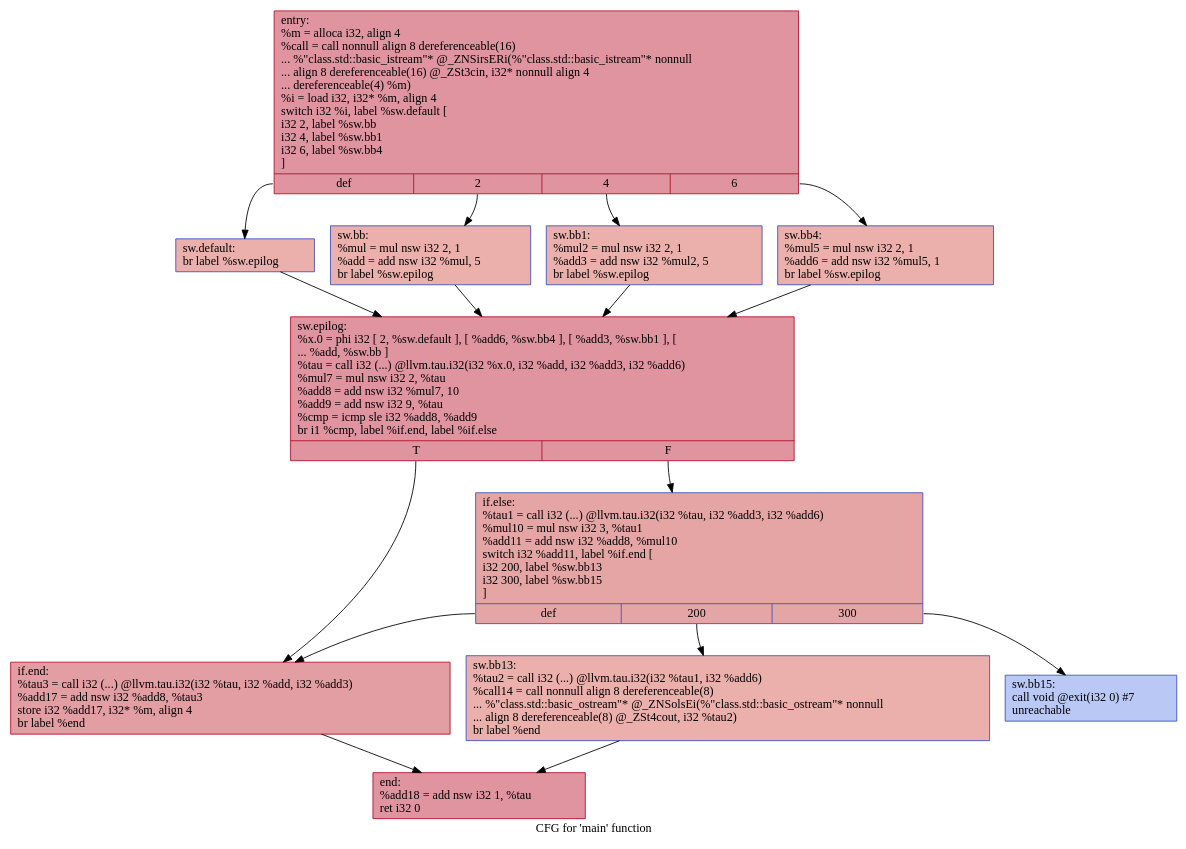
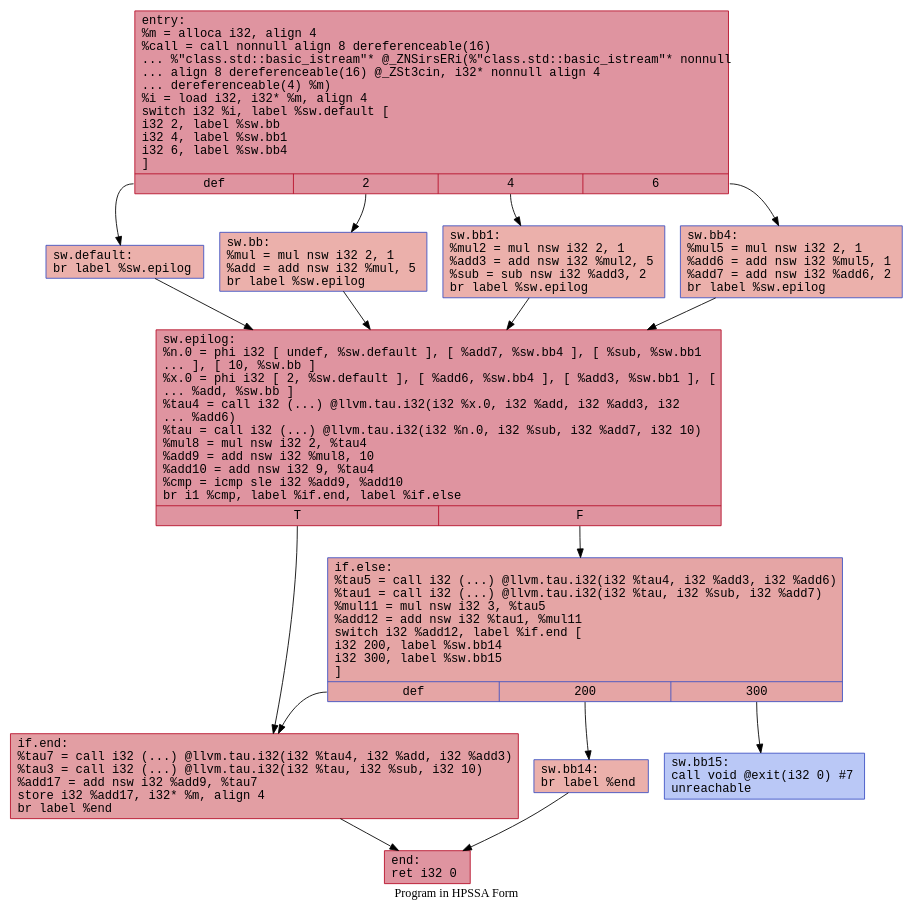
Before and after one commit to HPSSA-LLVM/HPSSA-LLVM: the diagram in IR/cfg/afterHPSSA.dot, drawn with Graphviz. The commit also changed 42 other files, not shown here.

```diff
--- a/IR/cfg/afterHPSSA.dot
+++ b/IR/cfg/afterHPSSA.dot
@@ -1,30 +1,31 @@
 digraph "CFG for 'main' function" {
-	label="CFG for 'main' function";
-
-	Node0x5562f495a2f0 [shape=record,color="#b70d28ff", style=filled, fillcolor="#b70d2870",label="{entry:\l  %m = alloca i32, align 4\l  %call = call nonnull align 8 dereferenceable(16)\l... %\"class.std::basic_istream\"* @_ZNSirsERi(%\"class.std::basic_istream\"* nonnull\l... align 8 dereferenceable(16) @_ZSt3cin, i32* nonnull align 4\l... dereferenceable(4) %m)\l  %i = load i32, i32* %m, align 4\l  switch i32 %i, label %sw.default [\l    i32 2, label %sw.bb\l    i32 4, label %sw.bb1\l    i32 6, label %sw.bb4\l  ]\l|{<s0>def|<s1>2|<s2>4|<s3>6}}"];
-	Node0x5562f495a2f0:s0 -> Node0x5562f495a730;
-	Node0x5562f495a2f0:s1 -> Node0x5562f495a840;
-	Node0x5562f495a2f0:s2 -> Node0x5562f495a940;
-	Node0x5562f495a2f0:s3 -> Node0x5562f495aa40;
-	Node0x5562f495a840 [shape=record,color="#3d50c3ff", style=filled, fillcolor="#d24b4070",label="{sw.bb:                                            \l  %mul = mul nsw i32 2, 1\l  %add = add nsw i32 %mul, 5\l  br label %sw.epilog\l}"];
-	Node0x5562f495a840 -> Node0x5562f495acf0;
-	Node0x5562f495a940 [shape=record,color="#3d50c3ff", style=filled, fillcolor="#d24b4070",label="{sw.bb1:                                           \l  %mul2 = mul nsw i32 2, 1\l  %add3 = add nsw i32 %mul2, 5\l  br label %sw.epilog\l}"];
-	Node0x5562f495a940 -> Node0x5562f495acf0;
-	Node0x5562f495aa40 [shape=record,color="#3d50c3ff", style=filled, fillcolor="#d24b4070",label="{sw.bb4:                                           \l  %mul5 = mul nsw i32 2, 1\l  %add6 = add nsw i32 %mul5, 1\l  br label %sw.epilog\l}"];
-	Node0x5562f495aa40 -> Node0x5562f495acf0;
-	Node0x5562f495a730 [shape=record,color="#3d50c3ff", style=filled, fillcolor="#d24b4070",label="{sw.default:                                       \l  br label %sw.epilog\l}"];
-	Node0x5562f495a730 -> Node0x5562f495acf0;
-	Node0x5562f495acf0 [shape=record,color="#b70d28ff", style=filled, fillcolor="#b70d2870",label="{sw.epilog:                                        \l  %x.0 = phi i32 [ 2, %sw.default ], [ %add6, %sw.bb4 ], [ %add3, %sw.bb1 ], [\l... %add, %sw.bb ]\l  %tau = call i32 (...) @llvm.tau.i32(i32 %x.0, i32 %add, i32 %add3, i32 %add6)\l  %mul7 = mul nsw i32 2, %tau\l  %add8 = add nsw i32 %mul7, 10\l  %add9 = add nsw i32 9, %tau\l  %cmp = icmp sle i32 %add8, %add9\l  br i1 %cmp, label %if.end, label %if.else\l|{<s0>T|<s1>F}}"];
-	Node0x5562f495acf0:s0 -> Node0x5562f495ba00;
-	Node0x5562f495acf0:s1 -> Node0x5562f495ba70;
-	Node0x5562f495ba70 [shape=record,color="#3d50c3ff", style=filled, fillcolor="#c5333470",label="{if.else:                                          \l  %tau1 = call i32 (...) @llvm.tau.i32(i32 %tau, i32 %add3, i32 %add6)\l  %mul10 = mul nsw i32 3, %tau1\l  %add11 = add nsw i32 %add8, %mul10\l  switch i32 %add11, label %if.end [\l    i32 200, label %sw.bb13\l    i32 300, label %sw.bb15\l  ]\l|{<s0>def|<s1>200|<s2>300}}"];
-	Node0x5562f495ba70:s0 -> Node0x5562f495ba00;
-	Node0x5562f495ba70:s1 -> Node0x5562f495c0e0;
-	Node0x5562f495ba70:s2 -> Node0x5562f495c180;
-	Node0x5562f495c0e0 [shape=record,color="#3d50c3ff", style=filled, fillcolor="#d24b4070",label="{sw.bb13:                                          \l  %tau2 = call i32 (...) @llvm.tau.i32(i32 %tau1, i32 %add6)\l  %call14 = call nonnull align 8 dereferenceable(8)\l... %\"class.std::basic_ostream\"* @_ZNSolsEi(%\"class.std::basic_ostream\"* nonnull\l... align 8 dereferenceable(8) @_ZSt4cout, i32 %tau2)\l  br label %end\l}"];
-	Node0x5562f495c0e0 -> Node0x5562f495c6b0;
-	Node0x5562f495c180 [shape=record,color="#3d50c3ff", style=filled, fillcolor="#6282ea70",label="{sw.bb15:                                          \l  call void @exit(i32 0) #7\l  unreachable\l}"];
-	Node0x5562f495ba00 [shape=record,color="#b70d28ff", style=filled, fillcolor="#be242e70",label="{if.end:                                           \l  %tau3 = call i32 (...) @llvm.tau.i32(i32 %tau, i32 %add, i32 %add3)\l  %add17 = add nsw i32 %add8, %tau3\l  store i32 %add17, i32* %m, align 4\l  br label %end\l}"];
-	Node0x5562f495ba00 -> Node0x5562f495c6b0;
-	Node0x5562f495c6b0 [shape=record,color="#b70d28ff", style=filled, fillcolor="#b70d2870",label="{end:                                              \l  %add18 = add nsw i32 1, %tau\l  ret i32 0\l}"];
+	label="Program in HPSSA Form";
+	node [fontname="Courier"];
+	edge [fontname="Courier"];
+	Node0x55d75e08d230 [shape=record,color="#b70d28ff", style=filled, fillcolor="#b70d2870",label="{entry:\l  %m = alloca i32, align 4\l  %call = call nonnull align 8 dereferenceable(16)\l... %\"class.std::basic_istream\"* @_ZNSirsERi(%\"class.std::basic_istream\"* nonnull\l... align 8 dereferenceable(16) @_ZSt3cin, i32* nonnull align 4\l... dereferenceable(4) %m)\l  %i = load i32, i32* %m, align 4\l  switch i32 %i, label %sw.default [\l    i32 2, label %sw.bb\l    i32 4, label %sw.bb1\l    i32 6, label %sw.bb4\l  ]\l|{<s0>def|<s1>2|<s2>4|<s3>6}}"];
+	Node0x55d75e08d230:s0 -> Node0x55d75e08d670;
+	Node0x55d75e08d230:s1 -> Node0x55d75e08d780;
+	Node0x55d75e08d230:s2 -> Node0x55d75e08d880;
+	Node0x55d75e08d230:s3 -> Node0x55d75e08d980;
+	Node0x55d75e08d780 [shape=record,color="#3d50c3ff", style=filled, fillcolor="#d24b4070",label="{sw.bb:                                            \l  %mul = mul nsw i32 2, 1\l  %add = add nsw i32 %mul, 5\l  br label %sw.epilog\l}"];
+	Node0x55d75e08d780 -> Node0x55d75e08dc30;
+	Node0x55d75e08d880 [shape=record,color="#3d50c3ff", style=filled, fillcolor="#d24b4070",label="{sw.bb1:                                           \l  %mul2 = mul nsw i32 2, 1\l  %add3 = add nsw i32 %mul2, 5\l  %sub = sub nsw i32 %add3, 2\l  br label %sw.epilog\l}"];
+	Node0x55d75e08d880 -> Node0x55d75e08dc30;
+	Node0x55d75e08d980 [shape=record,color="#3d50c3ff", style=filled, fillcolor="#d24b4070",label="{sw.bb4:                                           \l  %mul5 = mul nsw i32 2, 1\l  %add6 = add nsw i32 %mul5, 1\l  %add7 = add nsw i32 %add6, 2\l  br label %sw.epilog\l}"];
+	Node0x55d75e08d980 -> Node0x55d75e08dc30;
+	Node0x55d75e08d670 [shape=record,color="#3d50c3ff", style=filled, fillcolor="#d24b4070",label="{sw.default:                                       \l  br label %sw.epilog\l}"];
+	Node0x55d75e08d670 -> Node0x55d75e08dc30;
+	Node0x55d75e08dc30 [shape=record,color="#b70d28ff", style=filled, fillcolor="#b70d2870",label="{sw.epilog:                                        \l  %n.0 = phi i32 [ undef, %sw.default ], [ %add7, %sw.bb4 ], [ %sub, %sw.bb1\l... ], [ 10, %sw.bb ]\l  %x.0 = phi i32 [ 2, %sw.default ], [ %add6, %sw.bb4 ], [ %add3, %sw.bb1 ], [\l... %add, %sw.bb ]\l  %tau4 = call i32 (...) @llvm.tau.i32(i32 %x.0, i32 %add, i32 %add3, i32\l... %add6)\l  %tau = call i32 (...) @llvm.tau.i32(i32 %n.0, i32 %sub, i32 %add7, i32 10)\l  %mul8 = mul nsw i32 2, %tau4\l  %add9 = add nsw i32 %mul8, 10\l  %add10 = add nsw i32 9, %tau4\l  %cmp = icmp sle i32 %add9, %add10\l  br i1 %cmp, label %if.end, label %if.else\l|{<s0>T|<s1>F}}"];
+	Node0x55d75e08dc30:s0 -> Node0x55d75e08f480;
+	Node0x55d75e08dc30:s1 -> Node0x55d75e08f4f0;
+	Node0x55d75e08f4f0 [shape=record,color="#3d50c3ff", style=filled, fillcolor="#c5333470",label="{if.else:                                          \l  %tau5 = call i32 (...) @llvm.tau.i32(i32 %tau4, i32 %add3, i32 %add6)\l  %tau1 = call i32 (...) @llvm.tau.i32(i32 %tau, i32 %sub, i32 %add7)\l  %mul11 = mul nsw i32 3, %tau5\l  %add12 = add nsw i32 %tau1, %mul11\l  switch i32 %add12, label %if.end [\l    i32 200, label %sw.bb14\l    i32 300, label %sw.bb15\l  ]\l|{<s0>def|<s1>200|<s2>300}}"];
+	Node0x55d75e08f4f0:s0 -> Node0x55d75e08f480;
+	Node0x55d75e08f4f0:s1 -> Node0x55d75e08f8b0;
+	Node0x55d75e08f4f0:s2 -> Node0x55d75e08f950;
+	Node0x55d75e08f8b0 [shape=record,color="#3d50c3ff", style=filled, fillcolor="#d24b4070",label="{sw.bb14:                                          \l  br label %end\l}"];
+	Node0x55d75e08f8b0 -> Node0x55d75e08fae0;
+	Node0x55d75e08f950 [shape=record,color="#3d50c3ff", style=filled, fillcolor="#6282ea70",label="{sw.bb15:                                          \l  call void @exit(i32 0) #7\l  unreachable\l}"];
+	Node0x55d75e08f480 [shape=record,color="#b70d28ff", style=filled, fillcolor="#be242e70",label="{if.end:                                           \l  %tau7 = call i32 (...) @llvm.tau.i32(i32 %tau4, i32 %add, i32 %add3)\l  %tau3 = call i32 (...) @llvm.tau.i32(i32 %tau, i32 %sub, i32 10)\l  %add17 = add nsw i32 %add9, %tau7\l  store i32 %add17, i32* %m, align 4\l  br label %end\l}"];
+	Node0x55d75e08f480 -> Node0x55d75e08fae0;
+	Node0x55d75e08fae0 [shape=record,color="#b70d28ff", style=filled, fillcolor="#b70d2870",label="{end:                                              \l  ret i32 0\l}"];
 }
```
